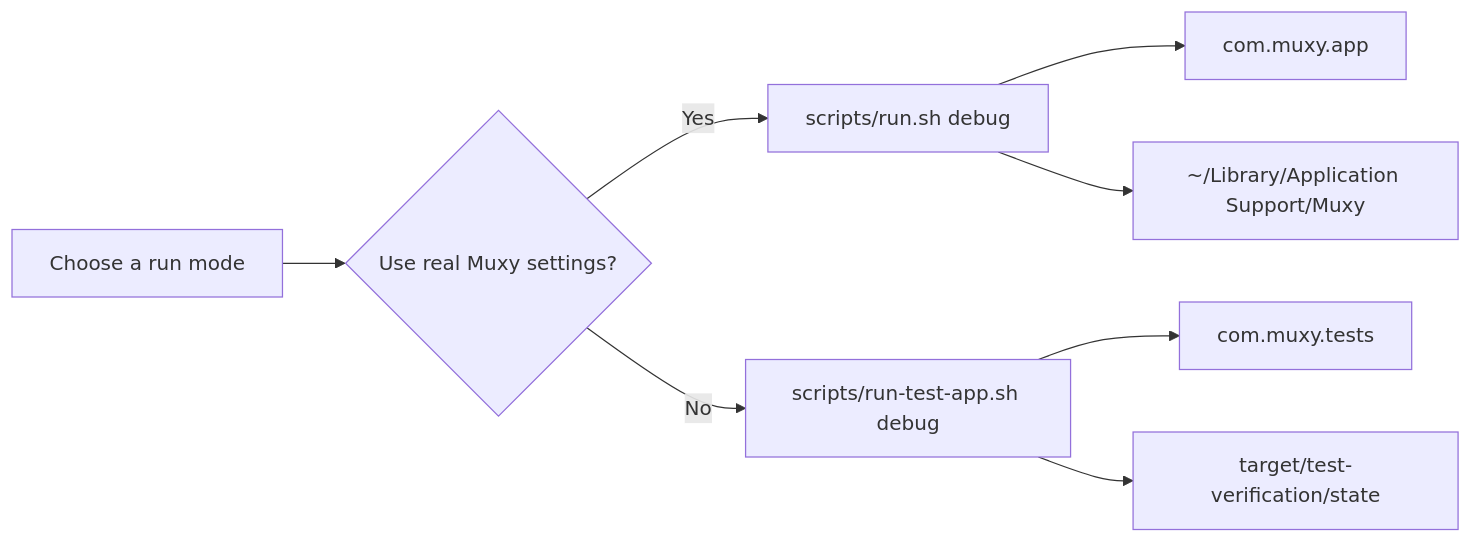
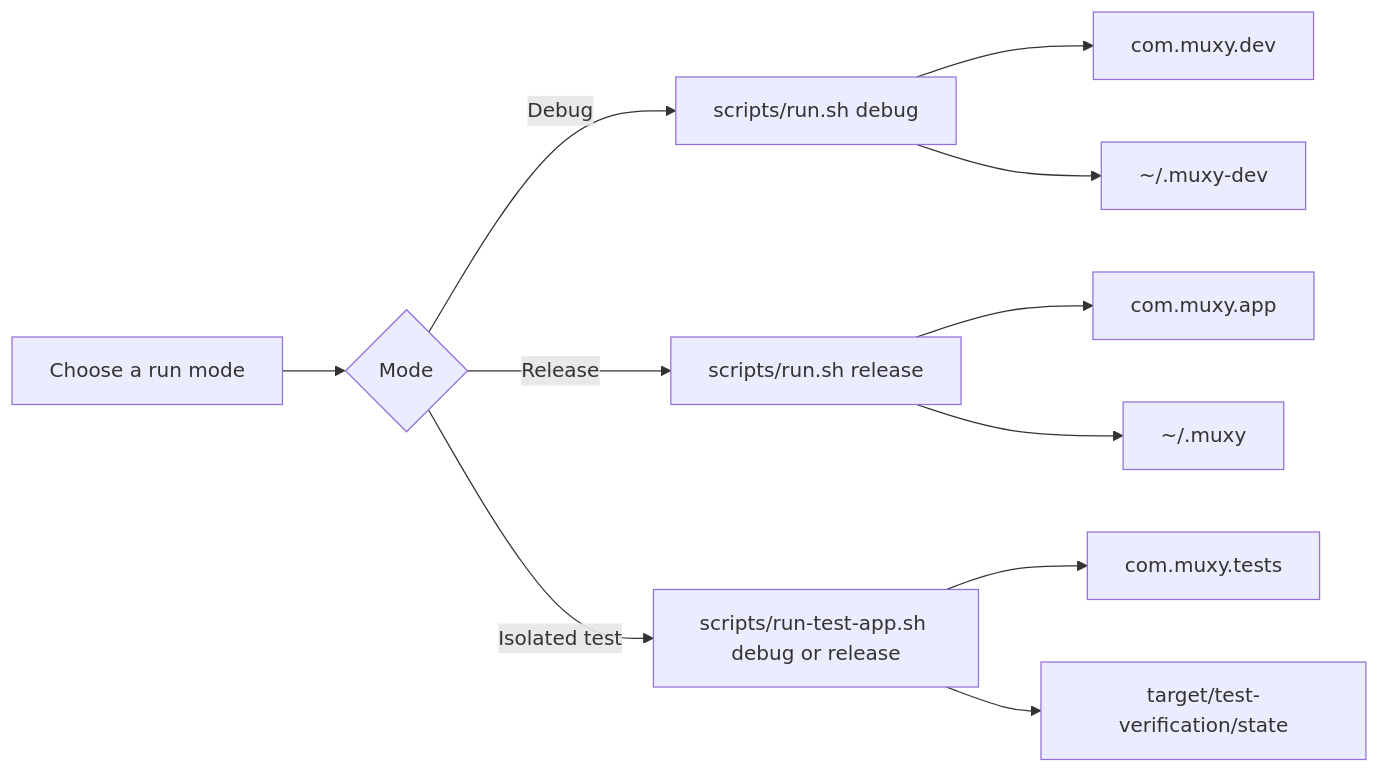
One commit to muxy-app/muxy changed the first of 3 diagrams in docs/development/dev-prod-isolation.md. Above: the diagram before and after it, drawn with Mermaid. The commit also changed other lines of this file and 23 other files, not shown here.

````diff
--- a/docs/development/dev-prod-isolation.md
+++ b/docs/development/dev-prod-isolation.md
@@ -5,10 +5,13 @@
 ```mermaid
 flowchart LR
-    A[Choose a run mode] --> B{Use real Muxy settings?}
-    B -->|Yes| C[scripts/run.sh debug]
-    B -->|No| D[scripts/run-test-app.sh debug]
-    C --> E[com.muxy.app]
-    C --> F[~/Library/Application Support/Muxy]
-    D --> G[com.muxy.tests]
-    D --> H[target/test-verification/state]
+    A[Choose a run mode] --> B{Mode}
+    B -->|Debug| C[scripts/run.sh debug]
+    B -->|Release| D[scripts/run.sh release]
+    B -->|Isolated test| E[scripts/run-test-app.sh debug or release]
+    C --> F[com.muxy.dev]
+    C --> G[~/.muxy-dev]
+    D --> H[com.muxy.app]
+    D --> I[~/.muxy]
+    E --> J[com.muxy.tests]
+    E --> K[target/test-verification/state]
 ```
````
